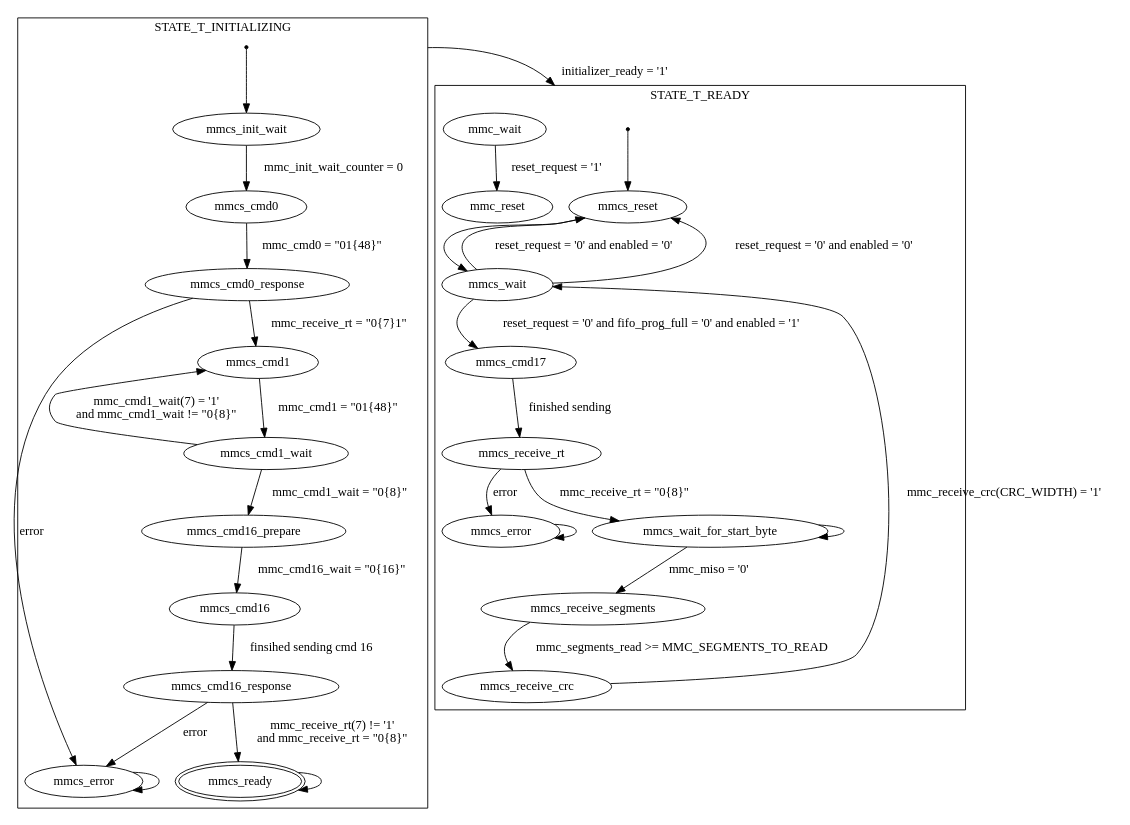
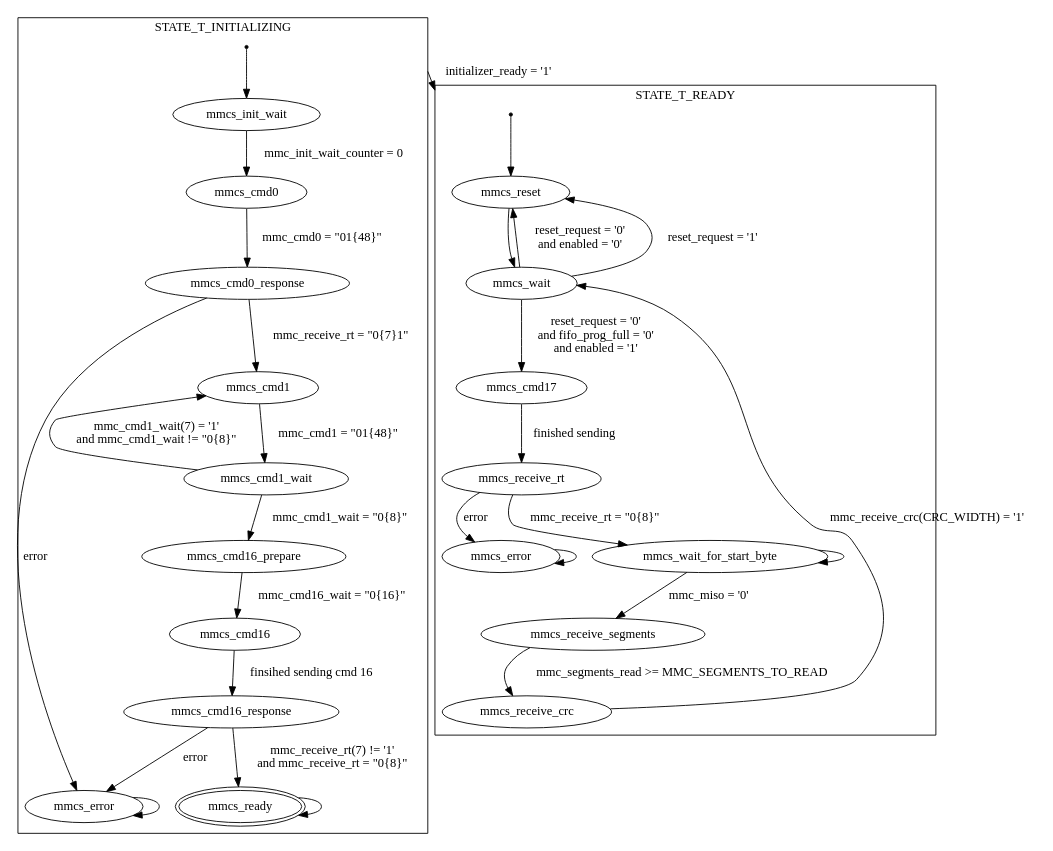
The diagram in docs/src/mmc_controller.dot (domoritz/S76D), drawn with Graphviz before and after one commit. The commit also changed 7 other files, not shown here.

```diff
--- a/docs/src/mmc_controller.dot
+++ b/docs/src/mmc_controller.dot
@@ -1,73 +1,72 @@
 digraph G {
 	graph [compound=true];
 
 	start0 [shape=point];
 	start1 [shape=point];
 	mmcs_ready [peripheries=2];
 
 	DUMMY_0 -> DUMMY_1 [ltail=cluster_0 lhead=cluster_1 label="initializer_ready = '1'"];
 
 	subgraph cluster_0 {
 		label = "STATE_T_INITIALIZING";
 
 		DUMMY_0 [shape=point style=invis]
 		mmcs_error_initializer [label=mmcs_error];
 
 		subgraph master {
 			edge[weight=2]
 			start0 -> mmcs_init_wait 
 			mmcs_init_wait -> mmcs_cmd0 [label="mmc_init_wait_counter = 0"] 
 			mmcs_cmd0 -> mmcs_cmd0_response [label="mmc_cmd0 = \"01{48}\""]
 			mmcs_cmd0_response -> mmcs_cmd1 [label="mmc_receive_rt = \"0{7}1\""] 
 			mmcs_cmd1 -> mmcs_cmd1_wait [label="mmc_cmd1 = \"01{48}\""]
 			mmcs_cmd1_wait -> mmcs_cmd16_prepare [label="mmc_cmd1_wait = \"0{8}\""]
 			mmcs_cmd16_prepare -> mmcs_cmd16 [label="mmc_cmd16_wait = \"0{16}\""]
 			mmcs_cmd16 -> mmcs_cmd16_response [label="finsihed sending cmd 16"]
 			mmcs_cmd16_response-> mmcs_ready [label="mmc_receive_rt(7) != '1' \nand mmc_receive_rt = \"0{8}\""];
 			mmcs_ready -> mmcs_ready;
 		}
 
 		//{rank=same; start0 mmcs_init_wait mmcs_cmd0 mmcs_cmd0_response mmcs_cmd1 mmcs_cmd1_wait 
 		//	mmcs_cmd16_prepare mmcs_cmd16 mmcs_cmd16_response mmcs_ready}
 
 		subgraph branch {
 			edge[weight=0]
 			mmcs_cmd1_wait -> mmcs_cmd1 [label="mmc_cmd1_wait(7) = '1' \nand mmc_cmd1_wait != \"0{8}\""]
 
 			mmcs_cmd16_response -> mmcs_error_initializer [label="error"];
 			mmcs_cmd0_response -> mmcs_error_initializer [label="error"];
 			mmcs_error_initializer -> mmcs_error_initializer;
 		}
 	}
 
 	subgraph cluster_1 {
 		label = "STATE_T_READY";
 
 		DUMMY_1 [shape=point style=invis]
 
 		mmcs_error_reader [label=mmcs_error];
 
 		edge[weight=2]
 		start1 -> mmcs_reset
 		mmcs_reset -> mmcs_wait
-		mmcs_wait -> mmcs_cmd17 [label="reset_request = '0' and fifo_prog_full = '0' and enabled = '1'"]
+		mmcs_wait -> mmcs_cmd17 [label="reset_request = '0' \nand fifo_prog_full = '0' \nand enabled = '1'"]
 		mmcs_cmd17 -> mmcs_receive_rt [label="finished sending"]
 		mmcs_receive_rt -> mmcs_wait_for_start_byte [label="mmc_receive_rt = \"0{8}\""]
 		mmcs_wait_for_start_byte -> mmcs_receive_segments [label="mmc_miso = '0'"]
 		mmcs_receive_segments -> mmcs_receive_crc [label="mmc_segments_read >= MMC_SEGMENTS_TO_READ"]
 
 		//{rank=same; start1 mmcs_reset mcs_wait mmcs_cmd17 mmcs_receive_rt mmcs_wait_for_start_byte 
 		//	mmcs_receive_segments mmcs_receive_crc mmcs_wait}
 
 		edge[weight=1]
 
-		mmcs_wait -> mmcs_reset [label="reset_request = '0' and enabled = '0'"]
-		mmcs_wait -> mmcs_reset [label="reset_request = '0' and enabled = '0'"] 
-		mmc_wait -> mmc_reset [label="reset_request = '1'"]
+		mmcs_wait -> mmcs_reset [label="reset_request = '0' \nand enabled = '0'"]
+		mmcs_wait -> mmcs_reset [label="reset_request = '1'"]
 		mmcs_receive_crc -> mmcs_wait [label="mmc_receive_crc(CRC_WIDTH) = '1'"]
-		
+
 		mmcs_wait_for_start_byte -> mmcs_wait_for_start_byte;
 		mmcs_receive_rt -> mmcs_error_reader [label="error"];
 		mmcs_error_reader -> mmcs_error_reader;
 	}
 }
```
